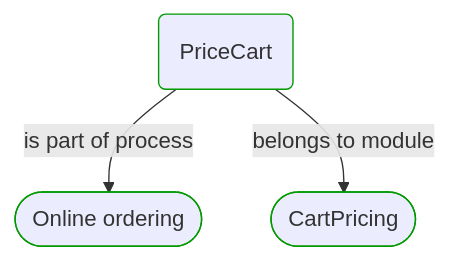
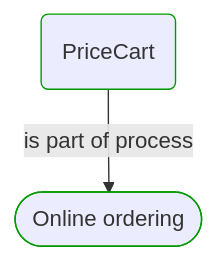
One commit to itlibrium/DDD-starter-dotnet changed the first of 4 diagrams in Docs/P3/MermaidOutput/ProcessSteps/Sale/Online ordering/PriceCart.md. Above: the diagram before and after it, drawn with Mermaid. The commit also changed other lines of this file and 174 other files, not shown here.

````diff
--- a/Docs/P3/MermaidOutput/ProcessSteps/Sale/Online ordering/PriceCart.md
+++ b/Docs/P3/MermaidOutput/ProcessSteps/Sale/Online ordering/PriceCart.md
@@ -20,14 +20,11 @@
 ```mermaid
   flowchart TB
     0(PriceCart)
     class 0 DomainPerspective
     1([Online ordering])
     class 1 DomainPerspective
     0-->|is part of process|1
-    2([CartPricing])
-    class 2 DomainPerspective
-    0-->|belongs to module|2
     classDef DomainPerspective stroke:#009900
     classDef TechnologyPerspective stroke:#1F41EB
     classDef PeoplePerspective stroke:#FFF014
 ```
````
